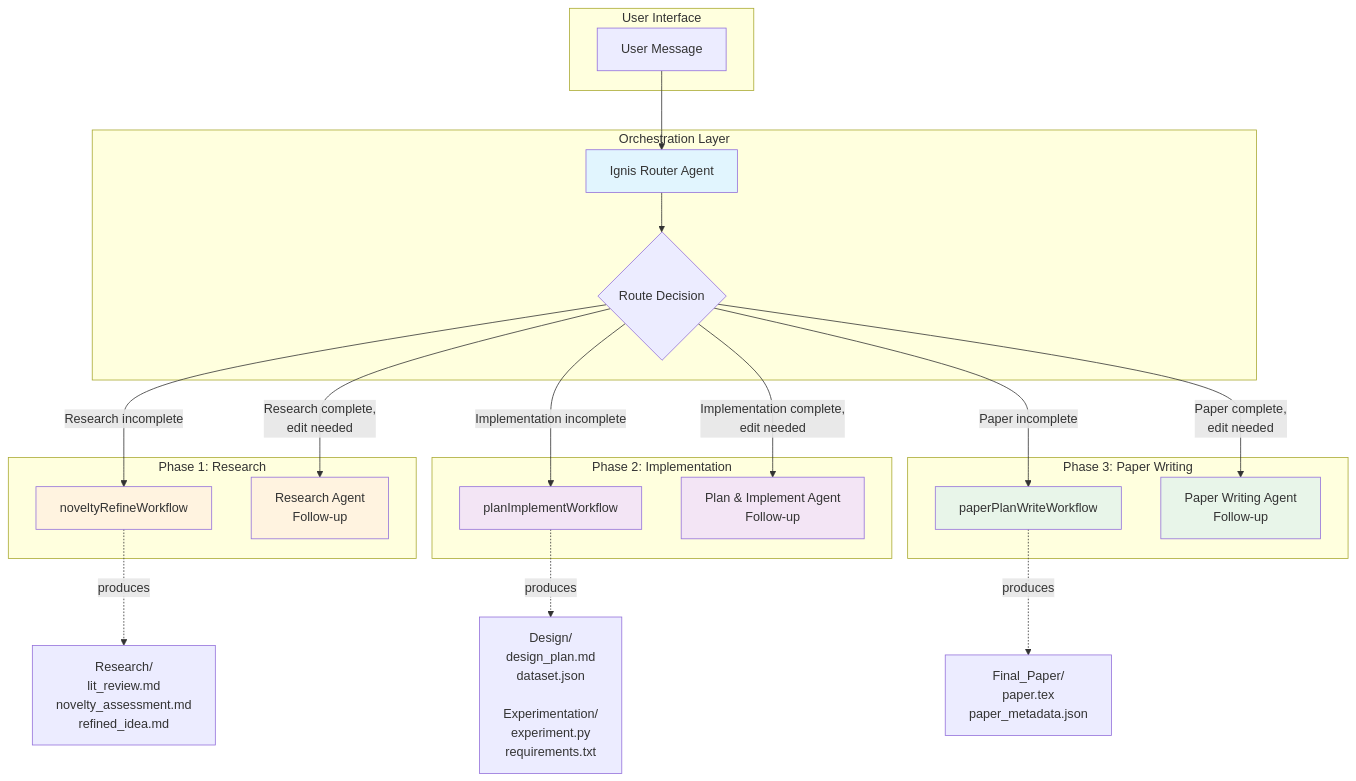
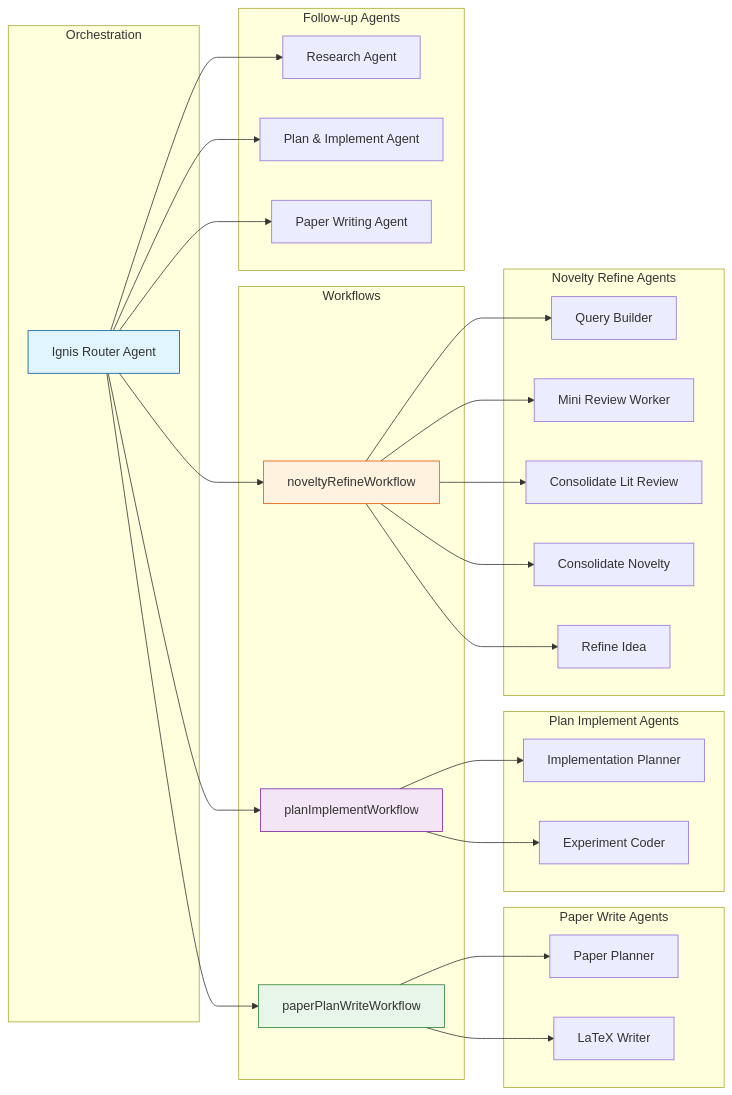
One commit to sunnnybala/Ignis changed the first of 4 diagrams in docs/agent-architecture-flowchart.md. Above: the diagram before and after it, drawn with Mermaid. The commit also changed other lines of this file and 1 other file, not shown here.

Commit message:
changed the flowchart a bit

````diff
--- a/docs/agent-architecture-flowchart.md
+++ b/docs/agent-architecture-flowchart.md
@@ -5,48 +4,61 @@
 ```mermaid
-flowchart TB
-    subgraph User["User Interface"]
-        U[User Message]
+flowchart LR
+    subgraph Orchestration["Orchestration"]
+        IR[Ignis Router Agent]
     end
 
-    subgraph Router["Orchestration Layer"]
-        IR[Ignis Router Agent]
-        RS{Route Decision}
+    subgraph Workflows["Workflows"]
+        NRW[noveltyRefineWorkflow]
+        PIW[planImplementWorkflow]
+        PPW[paperPlanWriteWorkflow]
     end
 
-    subgraph Phase1["Phase 1: Research"]
-        NRW[noveltyRefineWorkflow]
-        RA[Research Agent<br/>Follow-up]
+    subgraph PPWAgents["Paper Write Agents"]
+        PPA[Paper Planner]
+        LWA[LaTeX Writer]
     end
+    subgraph PIWAgents["Plan Implement Agents"]
+        IPA[Implementation Planner]
+        ECA[Experiment Coder]
+    end
+    subgraph NRWAgents["Novelty Refine Agents"]
+        QBA[Query Builder]
+        MRW[Mini Review Worker]
+        CLR[Consolidate Lit Review]
+        CNA[Consolidate Novelty]
+        RIA[Refine Idea]
+    end
+    subgraph FollowUp["Follow-up Agents"]
+        RA[Research Agent]
+        PIA[Plan & Implement Agent]
+        PWA[Paper Writing Agent]
+    end
+    
+    
 
-    subgraph Phase2["Phase 2: Implementation"]
-        PIW[planImplementWorkflow]
-        PIA[Plan & Implement Agent<br/>Follow-up]
-    end
 
-    subgraph Phase3["Phase 3: Paper Writing"]
-        PPW[paperPlanWriteWorkflow]
-        PWA[Paper Writing Agent<br/>Follow-up]
-    end
+    IR --> NRW
+    IR --> PIW
+    IR --> PPW
+    
+    IR --> RA
+    IR --> PIA
+    IR --> PWA
 
-    U --> IR
-    IR --> RS
+    NRW --> QBA
+    NRW --> MRW
+    NRW --> CLR
+    NRW --> CNA
+    NRW --> RIA
 
-    RS -->|"Research incomplete"| NRW
-    RS -->|"Research complete,<br/>edit needed"| RA
-    RS -->|"Implementation incomplete"| PIW
-    RS -->|"Implementation complete,<br/>edit needed"| PIA
-    RS -->|"Paper incomplete"| PPW
-    RS -->|"Paper complete,<br/>edit needed"| PWA
+    PIW --> IPA
+    PIW --> ECA
 
-    NRW -.->|"produces"| RF1[Research/<br/>lit_review.md<br/>novelty_assessment.md<br/>refined_idea.md]
-    PIW -.->|"produces"| RF2[Design/<br/>design_plan.md<br/>dataset.json<br/><br/>Experimentation/<br/>experiment.py<br/>requirements.txt]
-    PPW -.->|"produces"| RF3[Final_Paper/<br/>paper.tex<br/>paper_metadata.json]
+    PPW --> PPA
+    PPW --> LWA
 
-    style IR fill:#e1f5fe
-    style NRW fill:#fff3e0
-    style PIW fill:#f3e5f5
-    style PPW fill:#e8f5e9
-    style RA fill:#fff3e0
-    style PIA fill:#f3e5f5
-    style PWA fill:#e8f5e9
+    style IR fill:#e1f5fe,stroke:#01579b
+    style NRW fill:#fff3e0,stroke:#e65100
+    style PIW fill:#f3e5f5,stroke:#7b1fa2
+    style PPW fill:#e8f5e9,stroke:#2e7d32
 ```
````
